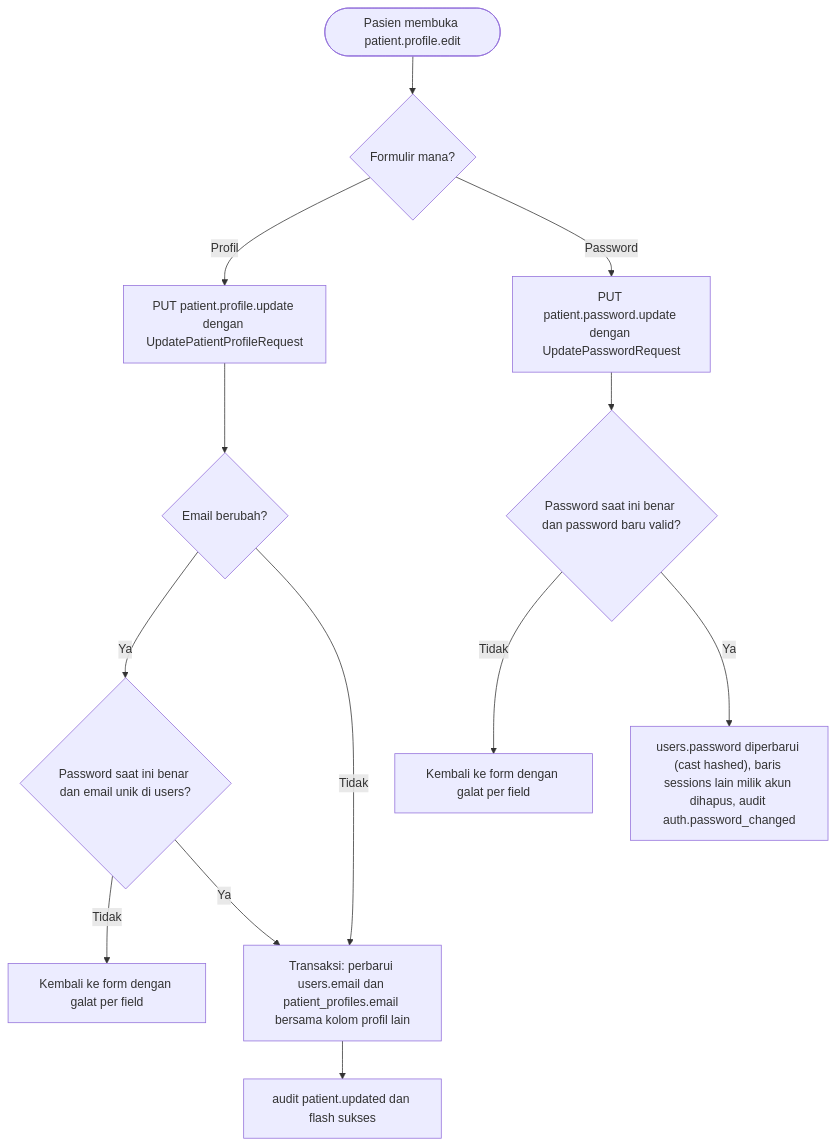
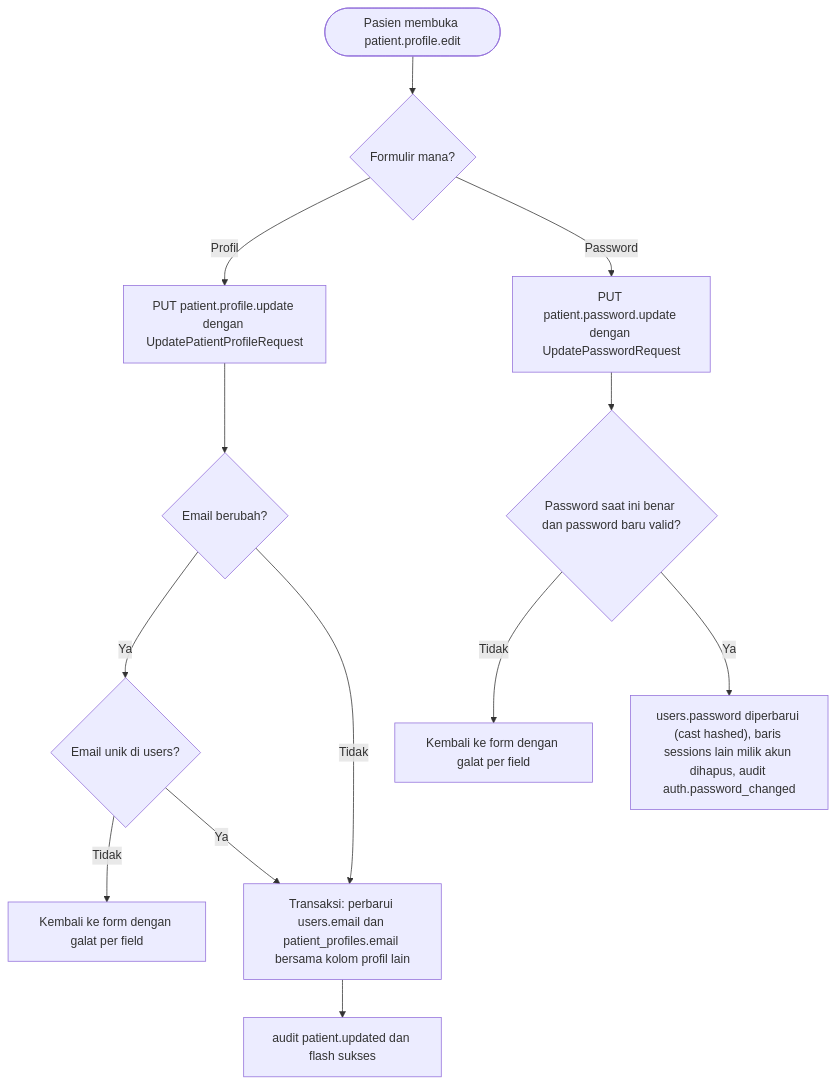
Before and after one commit to omangs007/Tugas_Pemrograman_2_UNPAM_HOSPITAL: diagram 27 of 27 in docs/superpowers/specs/2026-10-02-unpam-hospital-blueprint/06-alur.md, drawn with Mermaid. The commit also changed other lines of this file and 8 other files, not shown here.

````diff
--- a/docs/superpowers/specs/2026-10-02-unpam-hospital-blueprint/06-alur.md
+++ b/docs/superpowers/specs/2026-10-02-unpam-hospital-blueprint/06-alur.md
@@ -1482,15 +1482,15 @@
 ```mermaid
 flowchart TD
     A(["Pasien membuka patient.profile.edit"]) --> B{"Formulir mana?"}
     B -->|"Profil"| C["PUT patient.profile.update dengan UpdatePatientProfileRequest"]
     C --> D{"Email berubah?"}
-    D -->|"Ya"| E{"Password saat ini benar dan email unik di users?"}
+    D -->|"Ya"| E{"Email unik di users?"}
     E -->|"Tidak"| E1["Kembali ke form dengan galat per field"]
     E -->|"Ya"| F["Transaksi: perbarui users.email dan patient_profiles.email bersama kolom profil lain"]
     D -->|"Tidak"| F
     F --> G["audit patient.updated dan flash sukses"]
     B -->|"Password"| H["PUT patient.password.update dengan UpdatePasswordRequest"]
     H --> I{"Password saat ini benar dan password baru valid?"}
     I -->|"Tidak"| I1["Kembali ke form dengan galat per field"]
     I -->|"Ya"| J["users.password diperbarui (cast hashed), baris sessions lain milik akun dihapus, audit auth.password_changed"]
 ```
````
